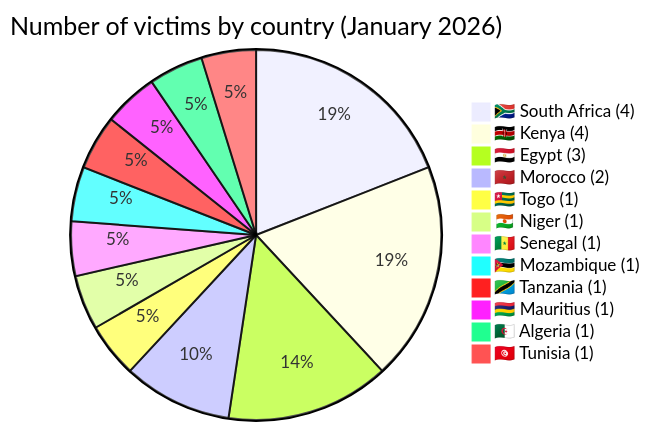
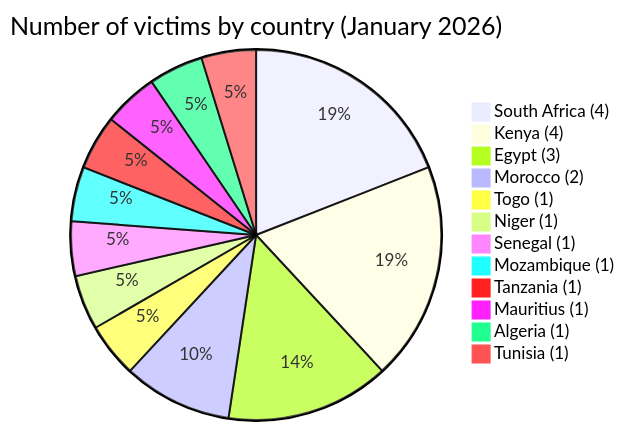
The first of 4 diagrams in CyberAttackAfrica/2026/01-january/README.md (Hatchepsoute/AFRINTEL), drawn with Mermaid before and after one commit. The commit also changed other lines of this file and 11 other files, not shown here.

First line of the commit message:
fix: remove all emojis from Mermaid labels in Jan-Jun 2026 reports

````diff
--- a/CyberAttackAfrica/2026/01-january/README.md
+++ b/CyberAttackAfrica/2026/01-january/README.md
@@ -63,16 +63,16 @@
 ```mermaid
 pie
-    title Number of victims by country (January 2026)
-    "🇿🇦 South Africa (4)" : 4
-    "🇰🇪 Kenya (4)" : 4
-    "🇪🇬 Egypt (3)" : 3
-    "🇲🇦 Morocco (2)" : 2
-    "🇹🇬 Togo (1)" : 1
-    "🇳🇪 Niger (1)" : 1
-    "🇸🇳 Senegal (1)" : 1
-    "🇲🇿 Mozambique (1)" : 1
-    "🇹🇿 Tanzania (1)" : 1
-    "🇲🇺 Mauritius (1)" : 1
-    "🇩🇿 Algeria (1)" : 1
-    "🇹🇳 Tunisia (1)" : 1
+ title Number of victims by country (January 2026)
+ "South Africa (4)" : 4
+ "Kenya (4)" : 4
+ "Egypt (3)" : 3
+ "Morocco (2)" : 2
+ "Togo (1)" : 1
+ "Niger (1)" : 1
+ "Senegal (1)" : 1
+ "Mozambique (1)" : 1
+ "Tanzania (1)" : 1
+ "Mauritius (1)" : 1
+ "Algeria (1)" : 1
+ "Tunisia (1)" : 1
 ```
````
